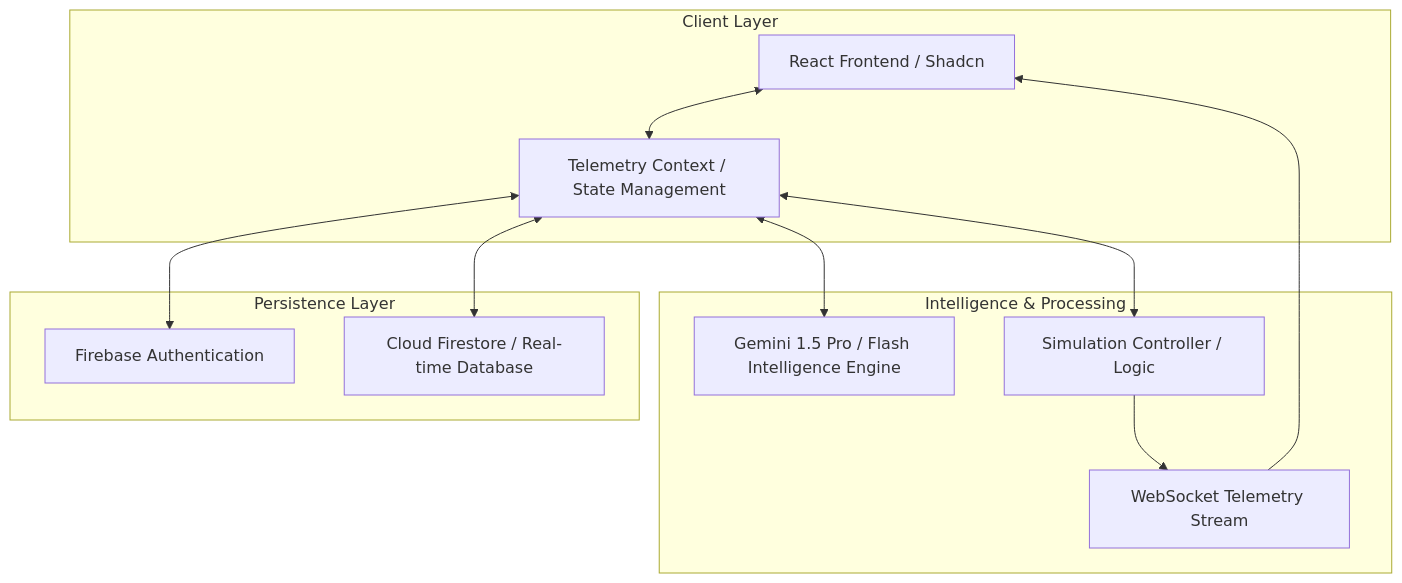
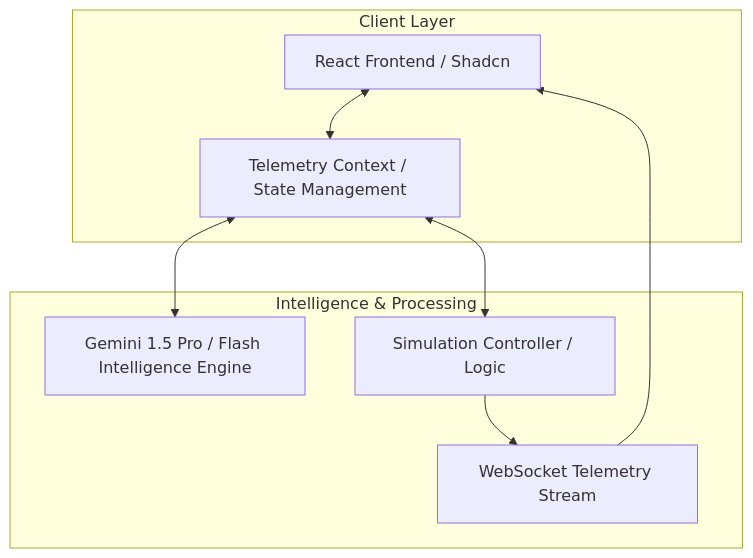
The diagram in README.md (ritvikindupuri/Trace), drawn with Mermaid before and after one commit. The commit also changed other lines of this file and 16 other files, not shown here.

First line of the commit message:
feat: Implement landing page and authentication flow

````diff
--- a/README.md
+++ b/README.md
@@ -20,26 +20,19 @@
 ```mermaid
 graph TD
     subgraph Client Layer
         UI[React Frontend / Shadcn]
         Ctx[Telemetry Context / State Management]
     end
 
     subgraph Intelligence & Processing
         AI[Gemini 1.5 Pro / Flash Intelligence Engine]
         Sim[Simulation Controller / Logic]
         WS[WebSocket Telemetry Stream]
     end
 
-    subgraph Persistence Layer
-        Auth[Firebase Authentication]
-        DB[Cloud Firestore / Real-time Database]
-    end
-
     UI <--> Ctx
     Ctx <--> AI
     Ctx <--> Sim
     Sim --> WS
     WS --> UI
-    Ctx <--> DB
-    Ctx <--> Auth
 ```
````
